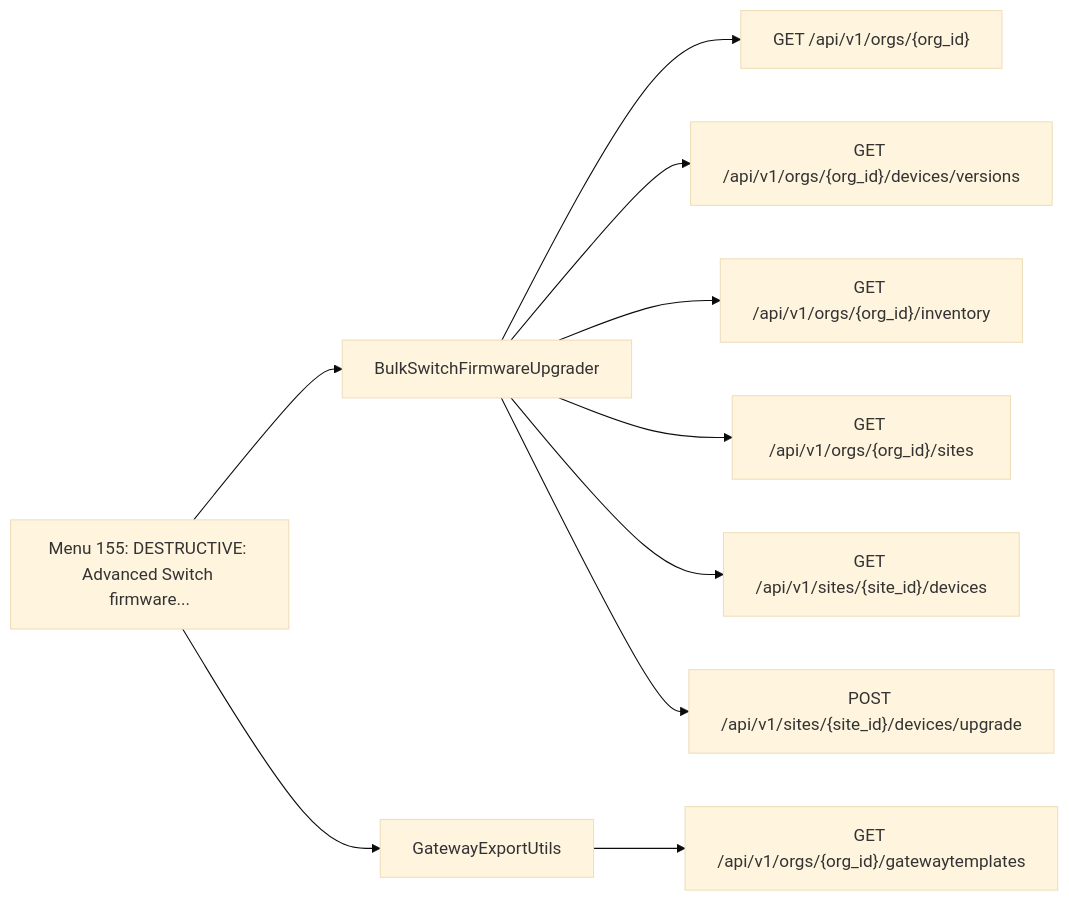
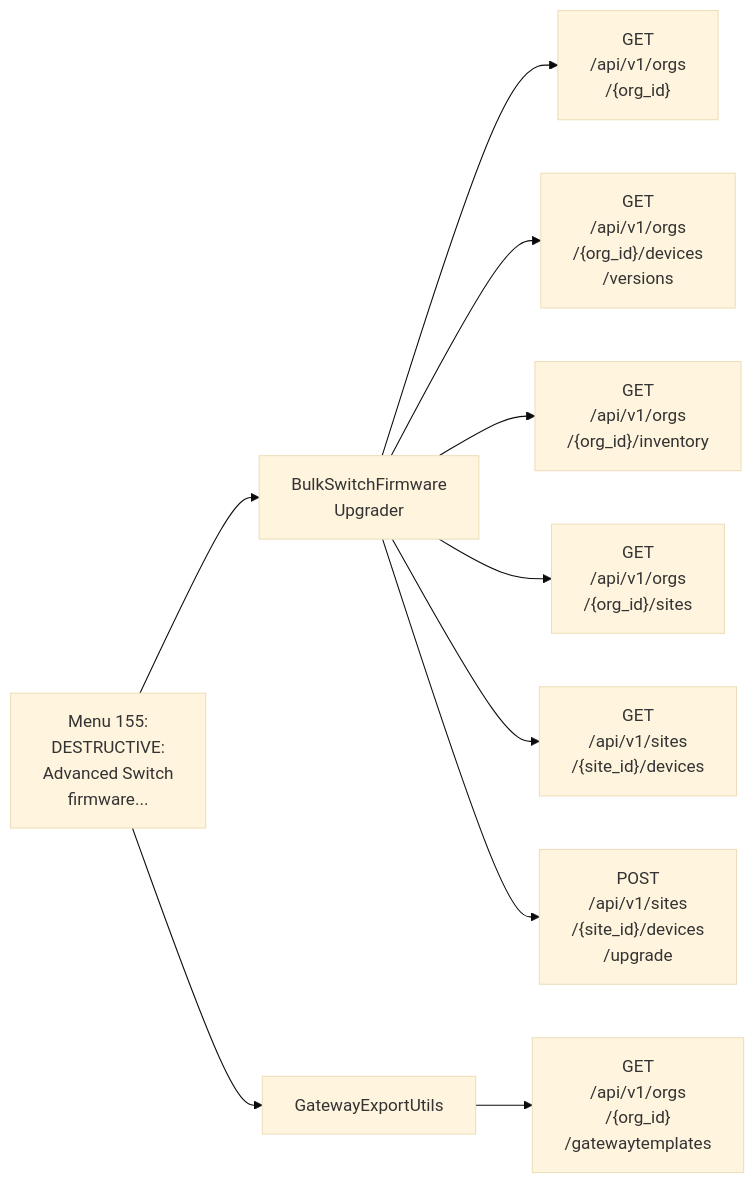
Before and after one commit to jmorrison-juniper/MistHelper: the third of 41 diagrams in documentation/menu-api/destructive.md, drawn with Mermaid (base theme). The commit also changed other lines of this file and 19 other files, not shown here.

First line of the commit message:
docs(menu-api): fit the Mermaid diagrams to the wiki column

````diff
--- a/documentation/menu-api/destructive.md
+++ b/documentation/menu-api/destructive.md
@@ -293,13 +92,13 @@
 ```mermaid
 flowchart LR
-    menu["Menu 155: DESTRUCTIVE: Advanced Switch firmware..."]
-    menu --> c1["BulkSwitchFirmwareUpgrader"]
-    c1 --> e1["GET /api/v1/orgs/{org_id}"]
-    c1 --> e2["GET /api/v1/orgs/{org_id}/devices/versions"]
-    c1 --> e3["GET /api/v1/orgs/{org_id}/inventory"]
-    c1 --> e4["GET /api/v1/orgs/{org_id}/sites"]
-    c1 --> e5["GET /api/v1/sites/{site_id}/devices"]
-    c1 --> e6["POST /api/v1/sites/{site_id}/devices/upgrade"]
+    menu["Menu 155:<br/>DESTRUCTIVE:<br/>Advanced Switch<br/>firmware..."]
+    menu --> c1["BulkSwitchFirmware<br/>Upgrader"]
+    c1 --> e1["GET<br/>/api/v1/orgs<br/>/{org_id}"]
+    c1 --> e2["GET<br/>/api/v1/orgs<br/>/{org_id}/devices<br/>/versions"]
+    c1 --> e3["GET<br/>/api/v1/orgs<br/>/{org_id}/inventory"]
+    c1 --> e4["GET<br/>/api/v1/orgs<br/>/{org_id}/sites"]
+    c1 --> e5["GET<br/>/api/v1/sites<br/>/{site_id}/devices"]
+    c1 --> e6["POST<br/>/api/v1/sites<br/>/{site_id}/devices<br/>/upgrade"]
     menu --> c2["GatewayExportUtils"]
-    c2 --> e7["GET /api/v1/orgs/{org_id}/gatewaytemplates"]
+    c2 --> e7["GET<br/>/api/v1/orgs<br/>/{org_id}<br/>/gatewaytemplates"]
 ```
````
